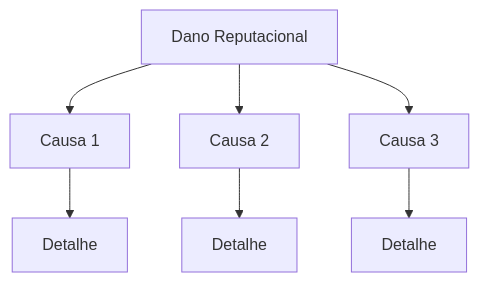
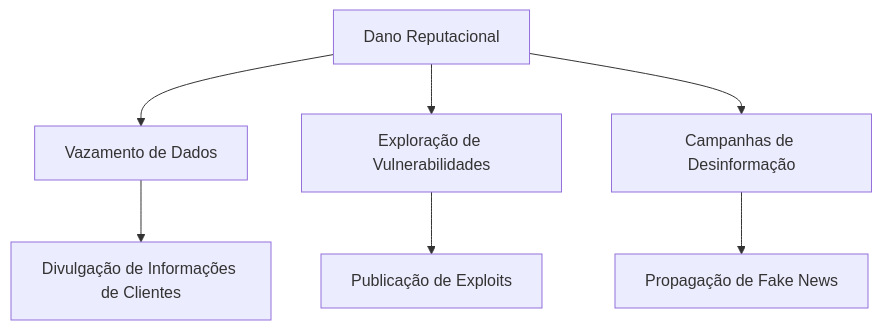
One commit to pedro-coelho-dr/threat-model-exercise changed the fifth of 9 diagrams in readme.md. Above: the diagram before and after it, drawn with Mermaid. The commit also changed other lines of this file, not shown here.

````diff
--- a/readme.md
+++ b/readme.md
@@ -224,10 +235,11 @@
 ```mermaid
 flowchart TD
     A1[Dano Reputacional]
-    A1 --> A2[Causa 1]
-    A1 --> A3[Causa 2]
-    A1 --> A4[Causa 3]
-    A2 --> A5[Detalhe]
-    A3 --> A6[Detalhe]
-    A4 --> A7[Detalhe]
+    A1 --> A2[Vazamento de Dados]
+    A1 --> A3[Exploração de Vulnerabilidades]
+    A1 --> A4[Campanhas de Desinformação]
+    A2 --> A5[Divulgação de Informações de Clientes]
+    A3 --> A6[Publicação de Exploits]
+    A4 --> A7[Propagação de Fake News]
+
 ```
````
